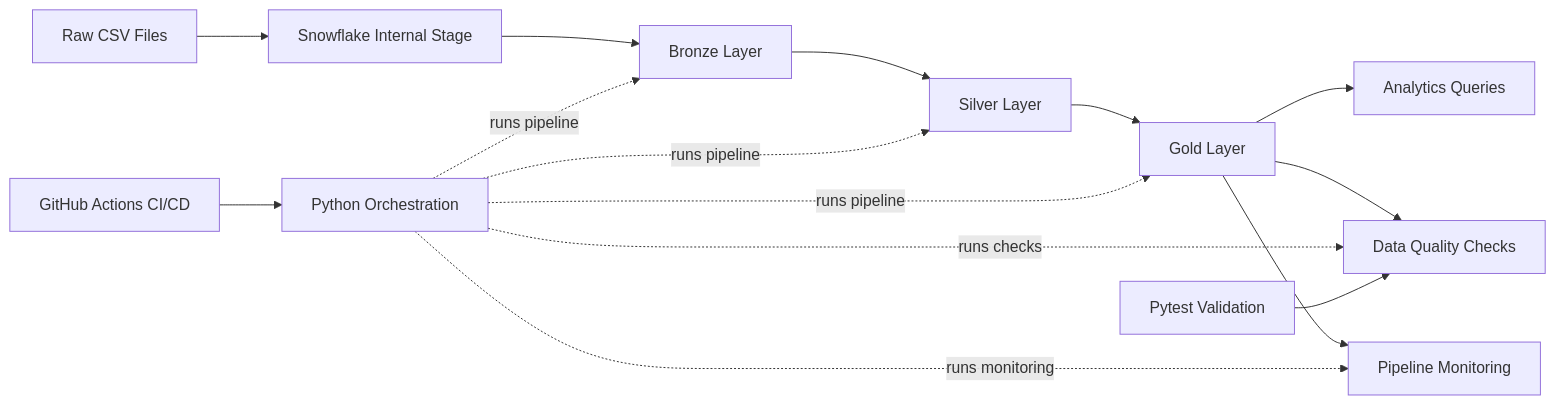
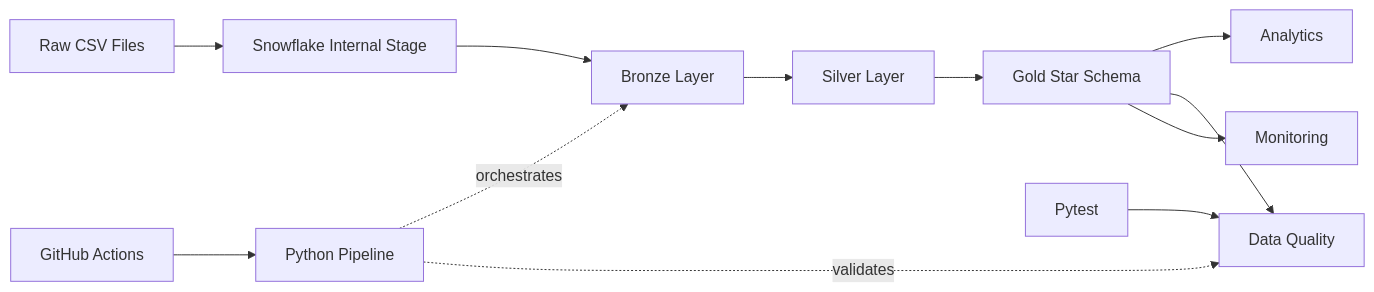
The diagram in README.md (ttaha07/retail-analytics-platform), drawn with Mermaid before and after one commit.

Commit message:
Simplify Mermaid architecture layout

````diff
--- a/README.md
+++ b/README.md
@@ -35,19 +35,15 @@
 ```mermaid
 flowchart LR
     A["Raw CSV Files"] --> B["Snowflake Internal Stage"]
     B --> C["Bronze Layer"]
     C --> D["Silver Layer"]
-    D --> E["Gold Layer"]
-    E --> F["Analytics Queries"]
-    E --> G["Data Quality Checks"]
-    E --> H["Pipeline Monitoring"]
+    D --> E["Gold Star Schema"]
+    E --> F["Analytics"]
+    E --> G["Data Quality"]
+    E --> H["Monitoring"]
 
-    I["Python Orchestration"] -. runs pipeline .-> C
-    I -. runs pipeline .-> D
-    I -. runs pipeline .-> E
-    I -. runs checks .-> G
-    I -. runs monitoring .-> H
-
-    J["GitHub Actions CI/CD"] --> I
-    K["Pytest Validation"] --> G
+    I["GitHub Actions"] --> J["Python Pipeline"]
+    J -. orchestrates .-> C
+    J -. validates .-> G
+    K["Pytest"] --> G
 ```
````
